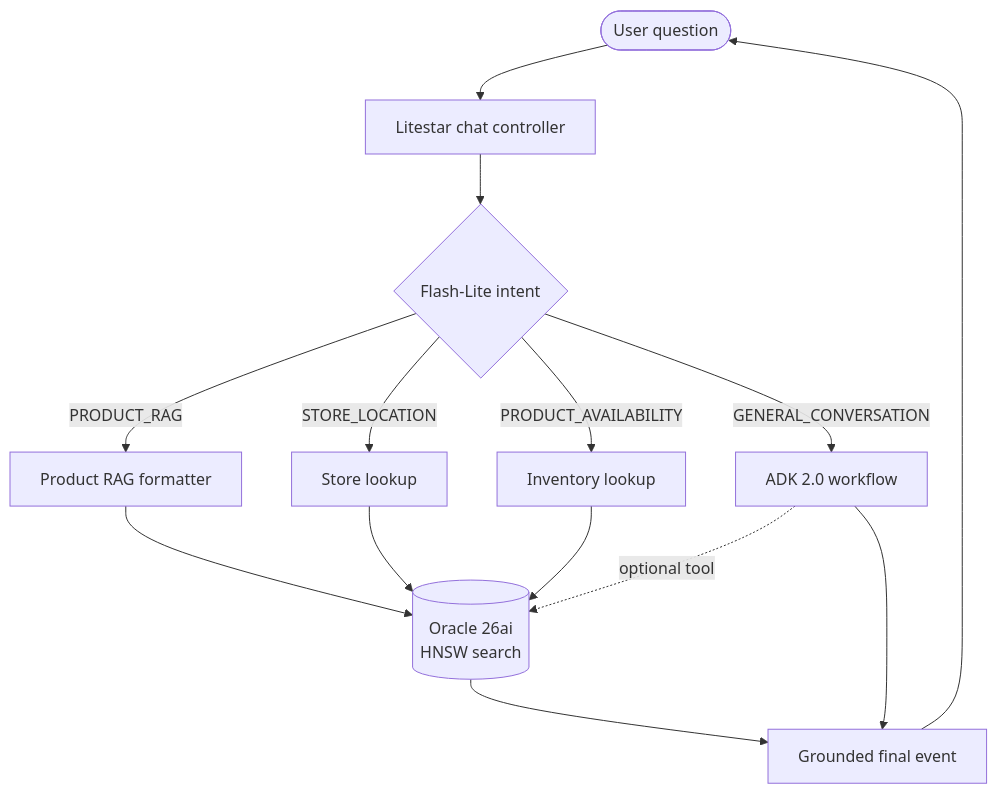
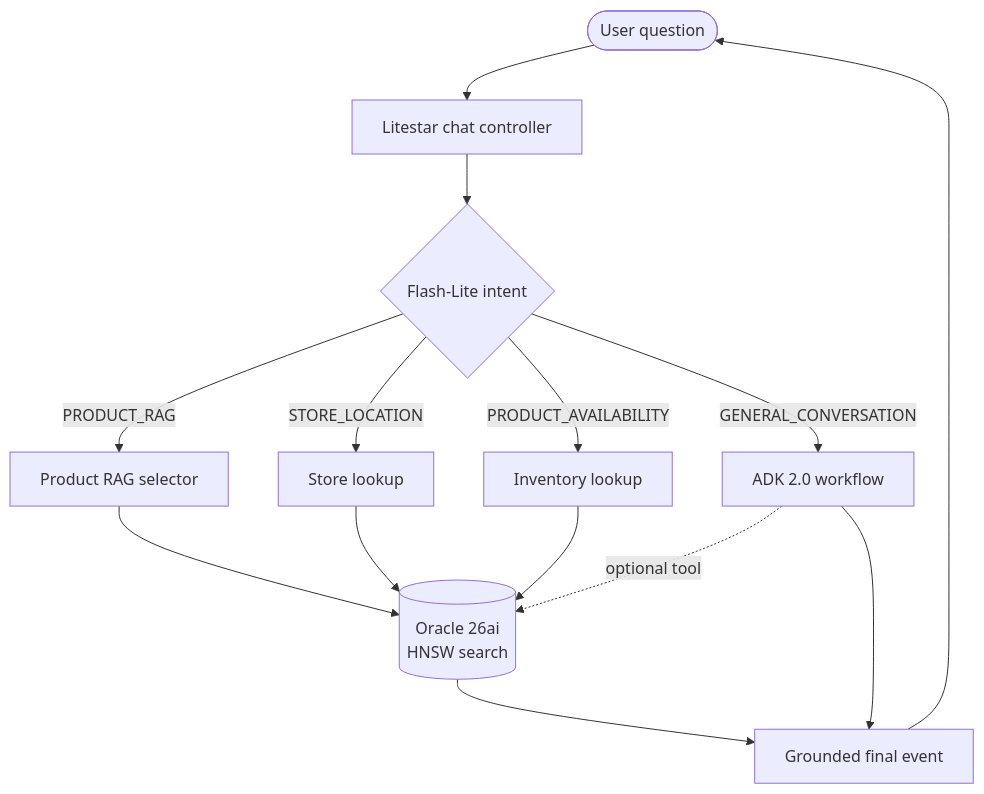
One commit to cofin/oracledb-vertexai-demo changed the diagram in docs/index.md. Above: the diagram before and after it, drawn with Mermaid. The commit also changed other lines of this file and 287 other files, not shown here.

````diff
--- a/docs/index.md
+++ b/docs/index.md
@@ -36,16 +36,16 @@
 ```{mermaid}
 flowchart TD
     U([User question]) --> C[Litestar chat controller]
     C --> I{Flash-Lite intent}
-    I -->|PRODUCT_RAG| P[Product RAG formatter]
+    I -->|PRODUCT_RAG| P[Product RAG selector]
     I -->|STORE_LOCATION| S[Store lookup]
     I -->|PRODUCT_AVAILABILITY| V[Inventory lookup]
     I -->|GENERAL_CONVERSATION| A[ADK 2.0 workflow]
     P --> O[(Oracle 26ai<br/>HNSW search)]
     S --> O
     V --> O
     A -. optional tool .-> O
     O --> R[Grounded final event]
     A --> R
     R --> U
 ```
````
